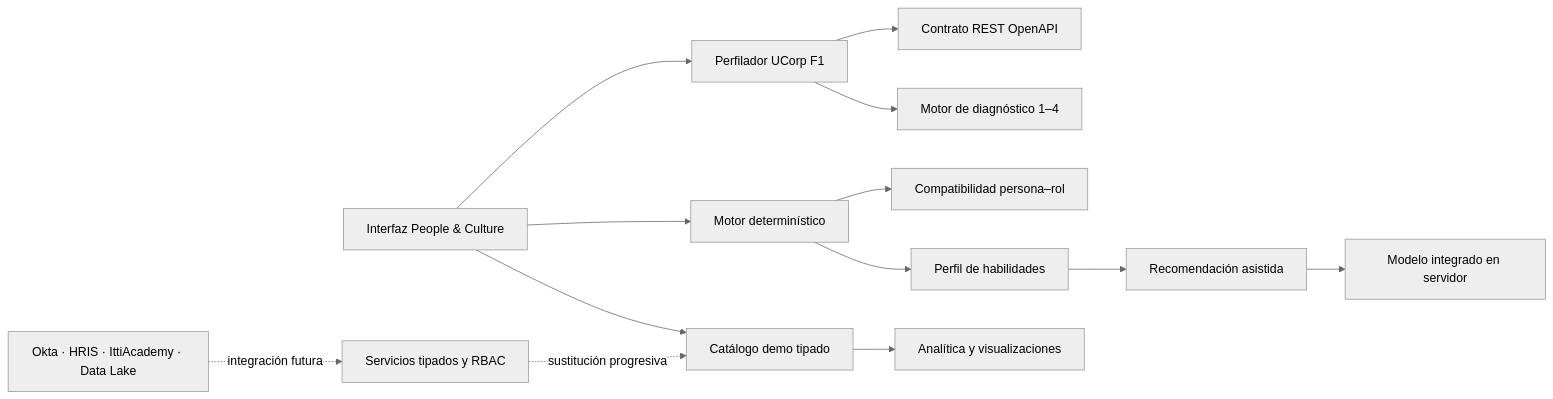
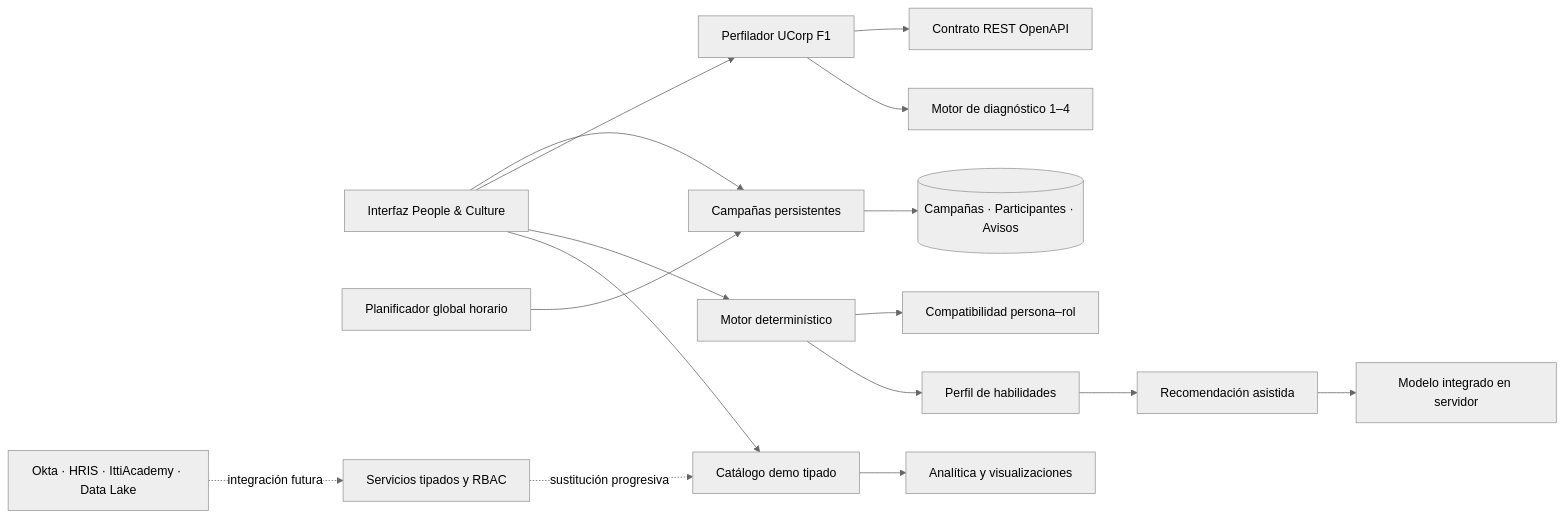
One commit to AlejoRoldan/perfiladorV1 changed the diagram in README.md. Above: the diagram before and after it, drawn with Mermaid (neutral theme). The commit also changed other lines of this file and 88 other files, not shown here.

````diff
--- a/README.md
+++ b/README.md
@@ -34,15 +34,18 @@
 ```mermaid
 flowchart LR
   UI[Interfaz People & Culture] --> DEMO[Catálogo demo tipado]
   UI --> ENGINE[Motor determinístico]
   ENGINE --> PROFILE[Perfil de habilidades]
   UI --> F1[Perfilador UCorp F1]
   F1 --> F1ENGINE[Motor de diagnóstico 1–4]
   F1 --> OPENAPI[Contrato REST OpenAPI]
+  UI --> CAMPAIGNS[Campañas persistentes]
+  CAMPAIGNS --> CAMPAIGNDB[(Campañas · Participantes · Avisos)]
+  HEARTBEAT[Planificador global horario] --> CAMPAIGNS
   ENGINE --> MOBILITY[Compatibilidad persona–rol]
   PROFILE --> LEARNING[Recomendación asistida]
   LEARNING --> LLM[Modelo integrado en servidor]
   DEMO --> DASH[Analítica y visualizaciones]
   FUTURE[Okta · HRIS · IttiAcademy · Data Lake] -. integración futura .-> API[Servicios tipados y RBAC]
   API -. sustitución progresiva .-> DEMO
 ```
````
